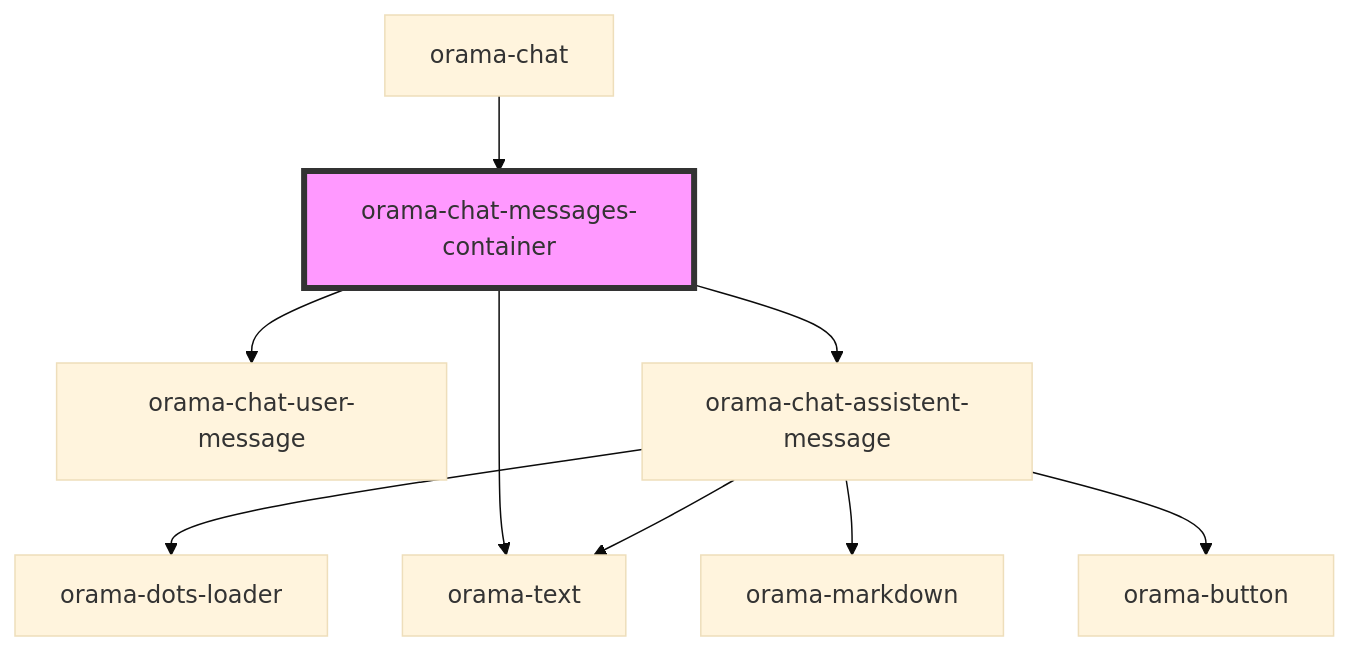
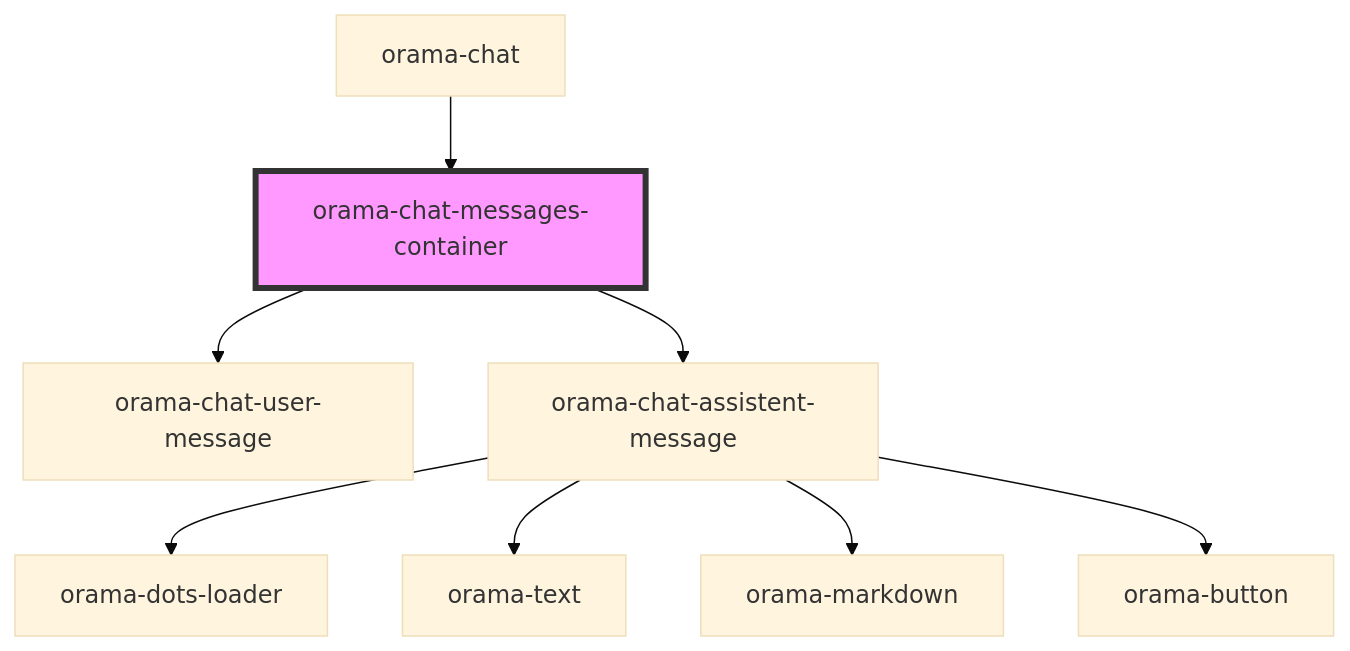
One commit to askorama/orama-ui-components changed the diagram in packages/ui-stencil/src/components/internal/orama-chat-messages-container/readme.md. Above: the diagram before and after it, drawn with Mermaid (base theme). The commit also changed other lines of this file and 10 other files, not shown here.

````diff
--- a/packages/ui-stencil/src/components/internal/orama-chat-messages-container/readme.md
+++ b/packages/ui-stencil/src/components/internal/orama-chat-messages-container/readme.md
@@ -21,12 +20,11 @@
 ```mermaid
 graph TD;
   orama-chat-messages-container --> orama-chat-user-message
   orama-chat-messages-container --> orama-chat-assistent-message
-  orama-chat-messages-container --> orama-text
   orama-chat-assistent-message --> orama-dots-loader
   orama-chat-assistent-message --> orama-text
   orama-chat-assistent-message --> orama-markdown
   orama-chat-assistent-message --> orama-button
   orama-chat --> orama-chat-messages-container
   style orama-chat-messages-container fill:#f9f,stroke:#333,stroke-width:4px
 ```
````
